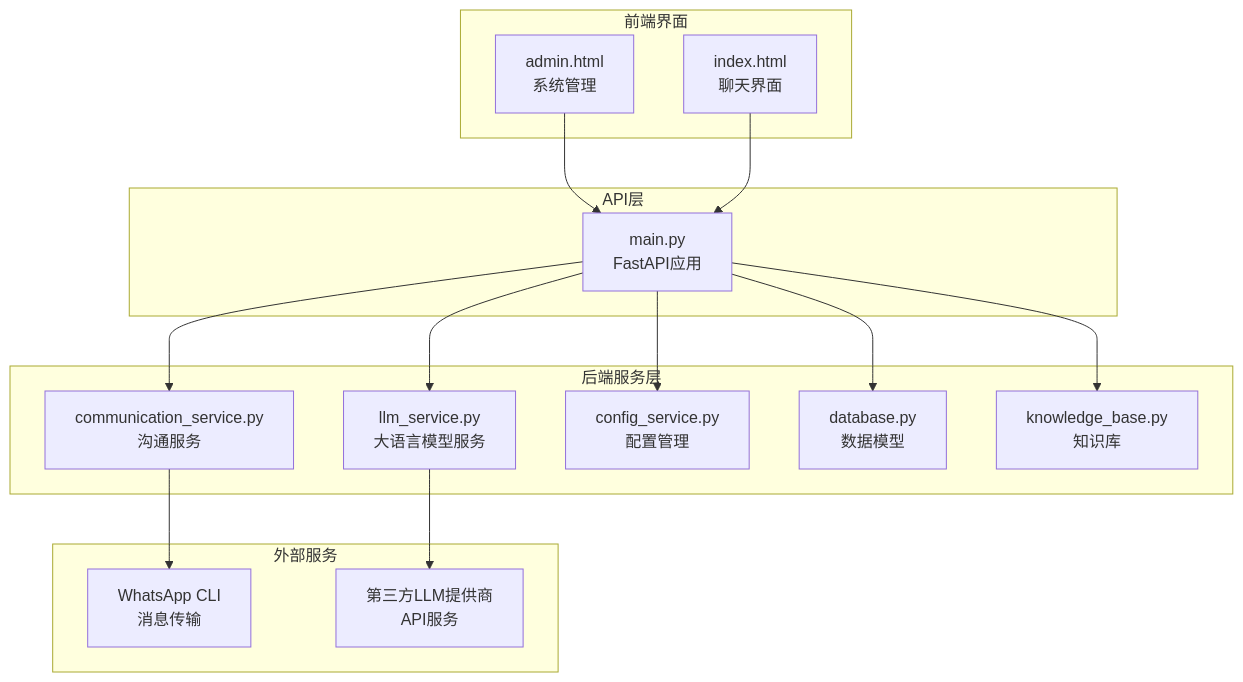
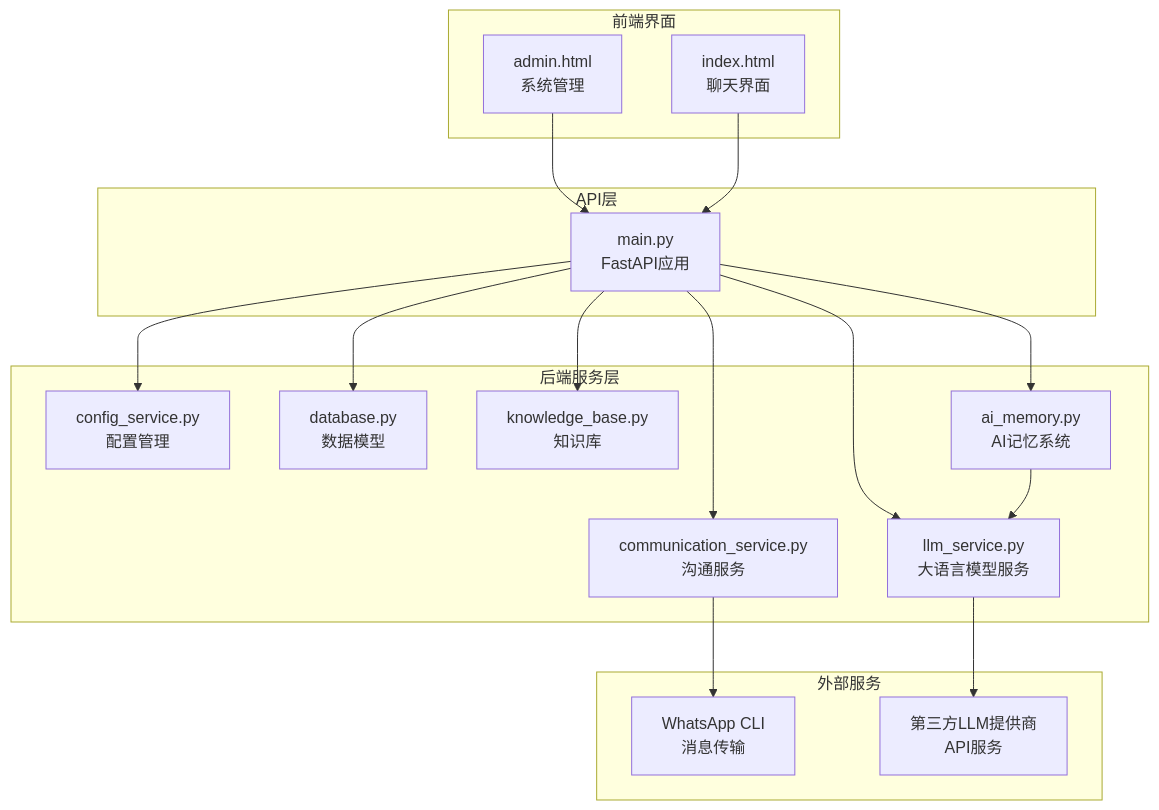
One commit to 2950730liao-hub/whatsapp-reply changed the first of 9 diagrams in .qoder/repowiki/zh/content/核心模块/大语言模型服务模块.md. Above: the diagram before and after it, drawn with Mermaid. The commit also changed other lines of this file and 15 other files, not shown here.

````diff
--- a/.qoder/repowiki/zh/content/核心模块/大语言模型服务模块.md
+++ b/.qoder/repowiki/zh/content/核心模块/大语言模型服务模块.md
@@ -34,30 +38,33 @@
 ```mermaid
 graph TB
 subgraph "后端服务层"
 A[llm_service.py<br/>大语言模型服务]
 B[communication_service.py<br/>沟通服务]
 C[config_service.py<br/>配置管理]
 D[database.py<br/>数据模型]
 E[knowledge_base.py<br/>知识库]
+F[ai_memory.py<br/>AI记忆系统]
 end
 subgraph "API层"
-F[main.py<br/>FastAPI应用]
+G[main.py<br/>FastAPI应用]
 end
 subgraph "前端界面"
-G[admin.html<br/>系统管理]
-H[index.html<br/>聊天界面]
+H[admin.html<br/>系统管理]
+I[index.html<br/>聊天界面]
 end
 subgraph "外部服务"
-I[WhatsApp CLI<br/>消息传输]
-J[第三方LLM提供商<br/>API服务]
+J[WhatsApp CLI<br/>消息传输]
+K[第三方LLM提供商<br/>API服务]
 end
+G --> A
+G --> B
+G --> C
+G --> D
+G --> E
+G --> F
+A --> K
+B --> J
+H --> G
+I --> G
 F --> A
-F --> B
-F --> C
-F --> D
-F --> E
-A --> J
-B --> I
-G --> F
-H --> F
 ```
````
